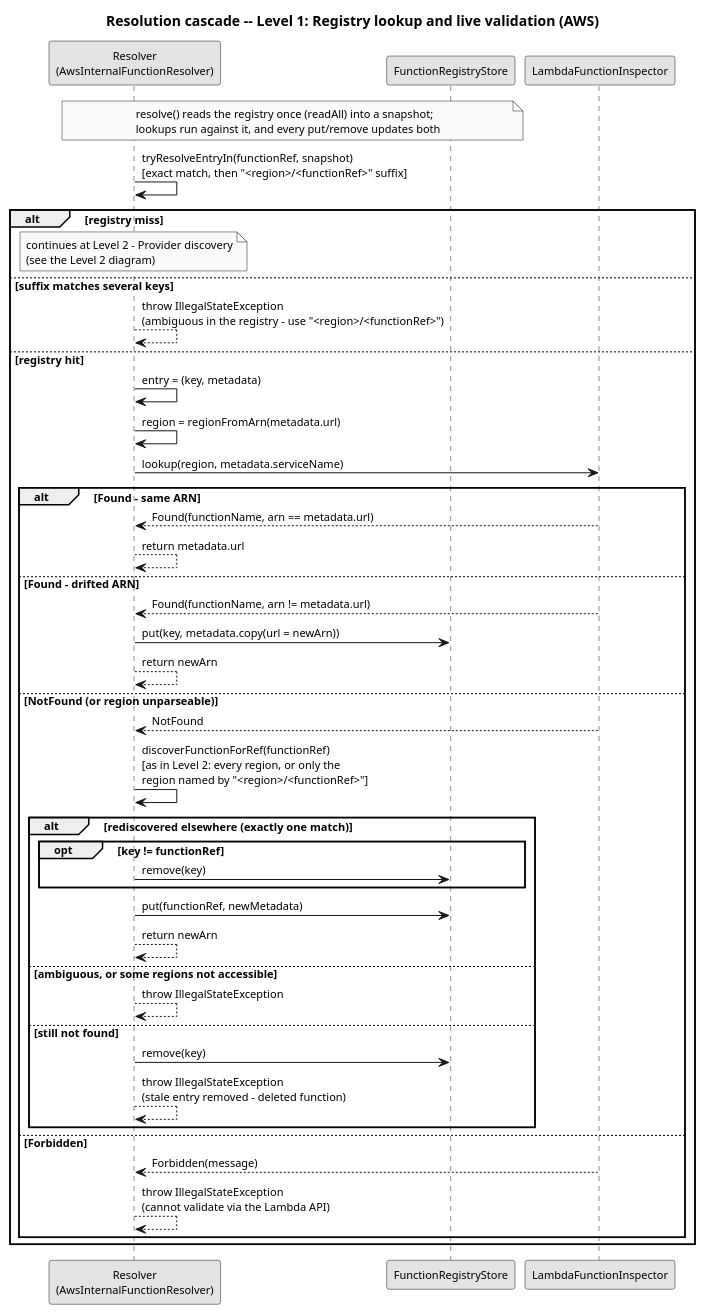
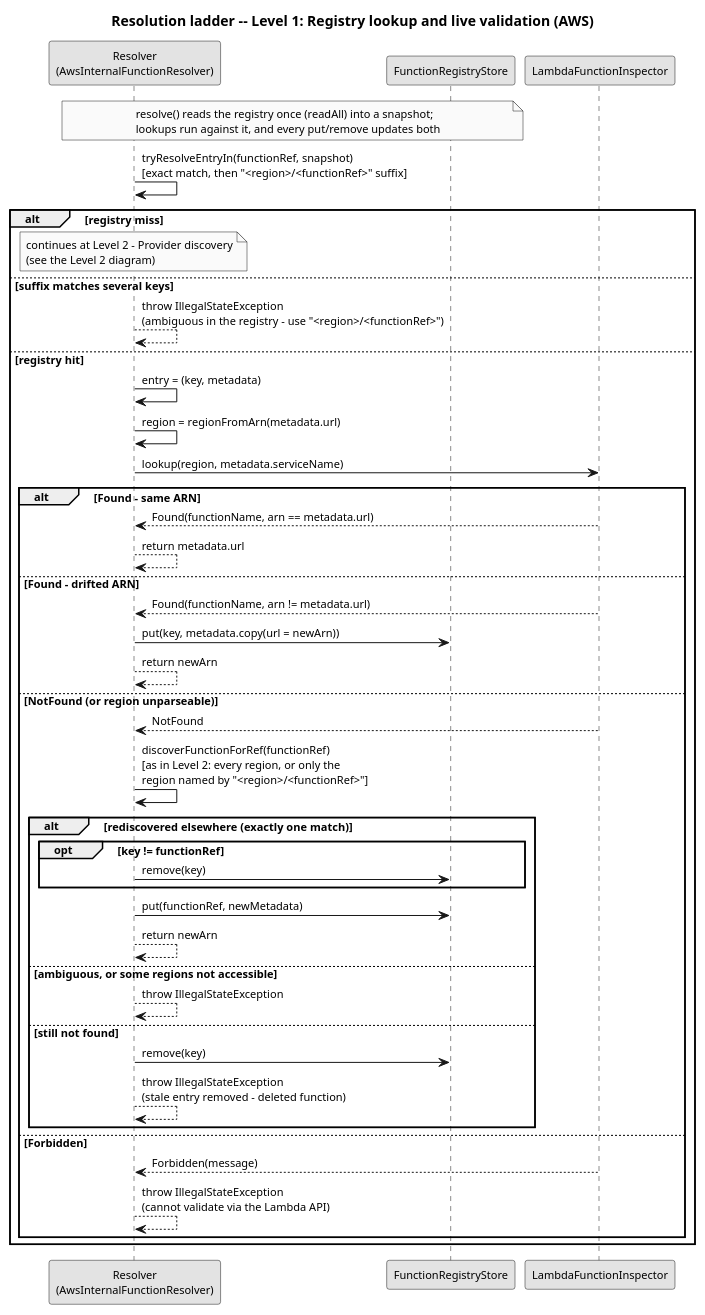
Before and after one commit to EngenheiroPedroCarvalho/ISEL-Thesis-2526: the diagram in diagrams/resolution-cascade-level1-aws.puml, drawn with PlantUML. The commit also changed 40 other files, not shown here.

```diff
--- a/diagrams/resolution-cascade-level1-aws.puml
+++ b/diagrams/resolution-cascade-level1-aws.puml
@@ -1,55 +1,55 @@
 @startuml resolution-cascade-level1-aws
 skinparam monochrome true
 skinparam shadowing false
 skinparam defaultFontSize 11
-title Resolution cascade -- Level 1: Registry lookup and live validation (AWS)
+title Resolution ladder -- Level 1: Registry lookup and live validation (AWS)
 
 participant "Resolver\n(AwsInternalFunctionResolver)" as R
 participant "FunctionRegistryStore" as REG
 participant "LambdaFunctionInspector" as AI
 
 note over R, REG
   resolve() reads the registry once (readAll) into a snapshot;
   lookups run against it, and every put/remove updates both
 end note
 R -> R : tryResolveEntryIn(functionRef, snapshot)\n[exact match, then "<region>/<functionRef>" suffix]
 alt registry miss
   note over R
     continues at Level 2 - Provider discovery
     (see the Level 2 diagram)
   end note
 else suffix matches several keys
   R --> R : throw IllegalStateException\n(ambiguous in the registry - use "<region>/<functionRef>")
 else registry hit
   R -> R : entry = (key, metadata)
   R -> R : region = regionFromArn(metadata.url)
 
   R -> AI : lookup(region, metadata.serviceName)
   alt Found - same ARN
     AI --> R : Found(functionName, arn == metadata.url)
     R --> R : return metadata.url
   else Found - drifted ARN
     AI --> R : Found(functionName, arn != metadata.url)
     R -> REG : put(key, metadata.copy(url = newArn))
     R --> R : return newArn
   else NotFound (or region unparseable)
     AI --> R : NotFound
     R -> R : discoverFunctionForRef(functionRef)\n[as in Level 2: every region, or only the\nregion named by "<region>/<functionRef>"]
     alt rediscovered elsewhere (exactly one match)
       opt key != functionRef
         R -> REG : remove(key)
       end
       R -> REG : put(functionRef, newMetadata)
       R --> R : return newArn
     else ambiguous, or some regions not accessible
       R --> R : throw IllegalStateException
     else still not found
       R -> REG : remove(key)
       R --> R : throw IllegalStateException\n(stale entry removed - deleted function)
     end
   else Forbidden
     AI --> R : Forbidden(message)
     R --> R : throw IllegalStateException\n(cannot validate via the Lambda API)
   end
 end
 @enduml
```
